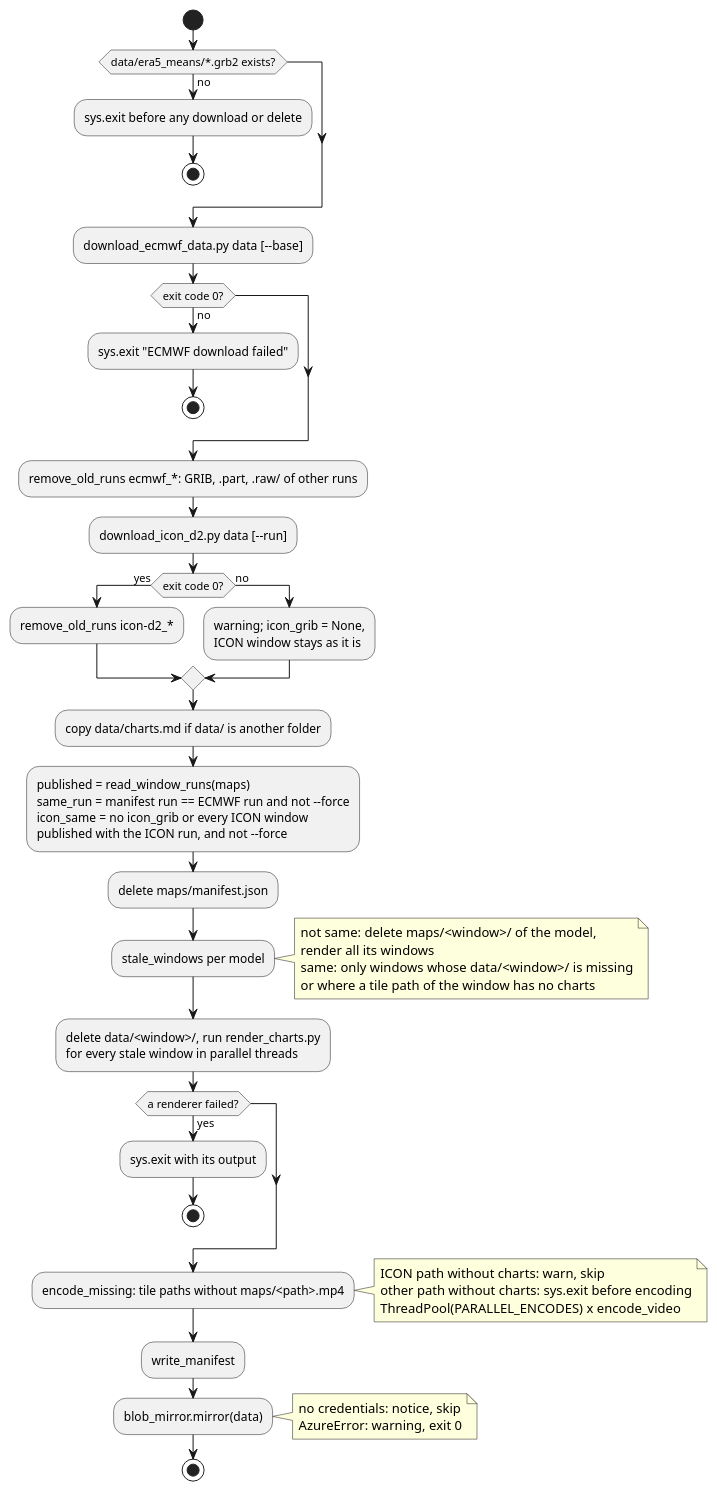
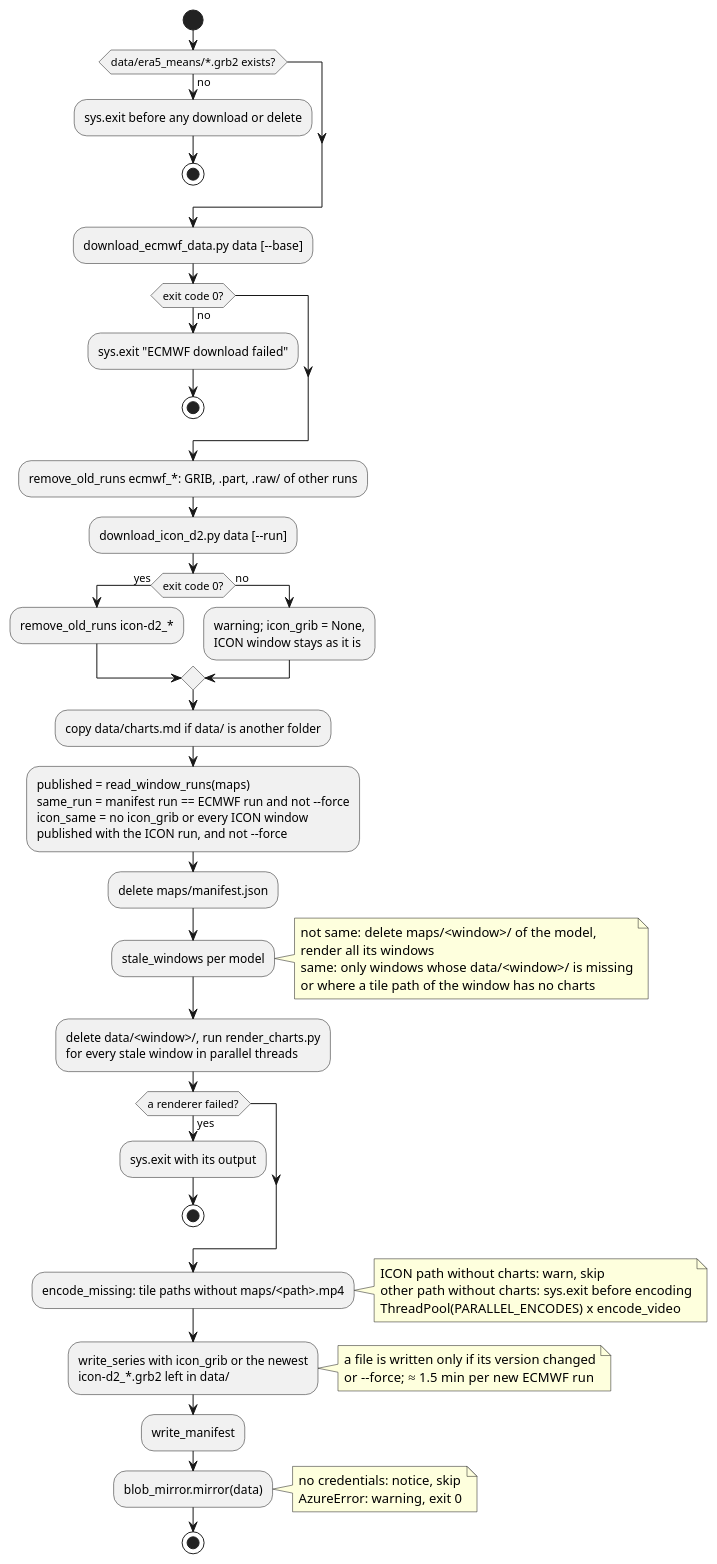
Before and after one commit to schletz/wetterkartenviewer: the second of 5 diagrams in REFERENCE.scripts.md, drawn with PlantUML. The commit also changed other lines of this file and 23 other files, not shown here.

First line of the commit message:
Add temperature diagram for Austria to the start page

````diff
--- a/REFERENCE.scripts.md
+++ b/REFERENCE.scripts.md
@@ -149,54 +163,60 @@
 ```plantuml
 @startuml update_maps
 start
 if (data/era5_means/*.grb2 exists?) then (no)
  :sys.exit before any download or delete;
  stop
 endif
 :download_ecmwf_data.py data [--base];
 if (exit code 0?) then (no)
  :sys.exit "ECMWF download failed";
  stop
 endif
 :remove_old_runs ecmwf_*: GRIB, .part, .raw/ of other runs;
 :download_icon_d2.py data [--run];
 if (exit code 0?) then (yes)
  :remove_old_runs icon-d2_*;
 else (no)
  :warning; icon_grib = None,
  ICON window stays as it is;
 endif
 :copy data/charts.md if data/ is another folder;
 :published = read_window_runs(maps)
 same_run = manifest run == ECMWF run and not --force
 icon_same = no icon_grib or every ICON window
 published with the ICON run, and not --force;
 :delete maps/manifest.json;
 :stale_windows per model;
 note right
  not same: delete maps/<window>/ of the model,
  render all its windows
  same: only windows whose data/<window>/ is missing
  or where a tile path of the window has no charts
 end note
 :delete data/<window>/, run render_charts.py
 for every stale window in parallel threads;
 if (a renderer failed?) then (yes)
  :sys.exit with its output;
  stop
 endif
 :encode_missing: tile paths without maps/<path>.mp4;
 note right
  ICON path without charts: warn, skip
  other path without charts: sys.exit before encoding
  ThreadPool(PARALLEL_ENCODES) x encode_video
 end note
+:write_series with icon_grib or the newest
+icon-d2_*.grb2 left in data/;
+note right
+ a file is written only if its version changed
+ or --force; ≈ 1.5 min per new ECMWF run
+end note
 :write_manifest;
 :blob_mirror.mirror(data);
 note right
  no credentials: notice, skip
  AzureError: warning, exit 0
 end note
 stop
 @enduml
 ```
````
